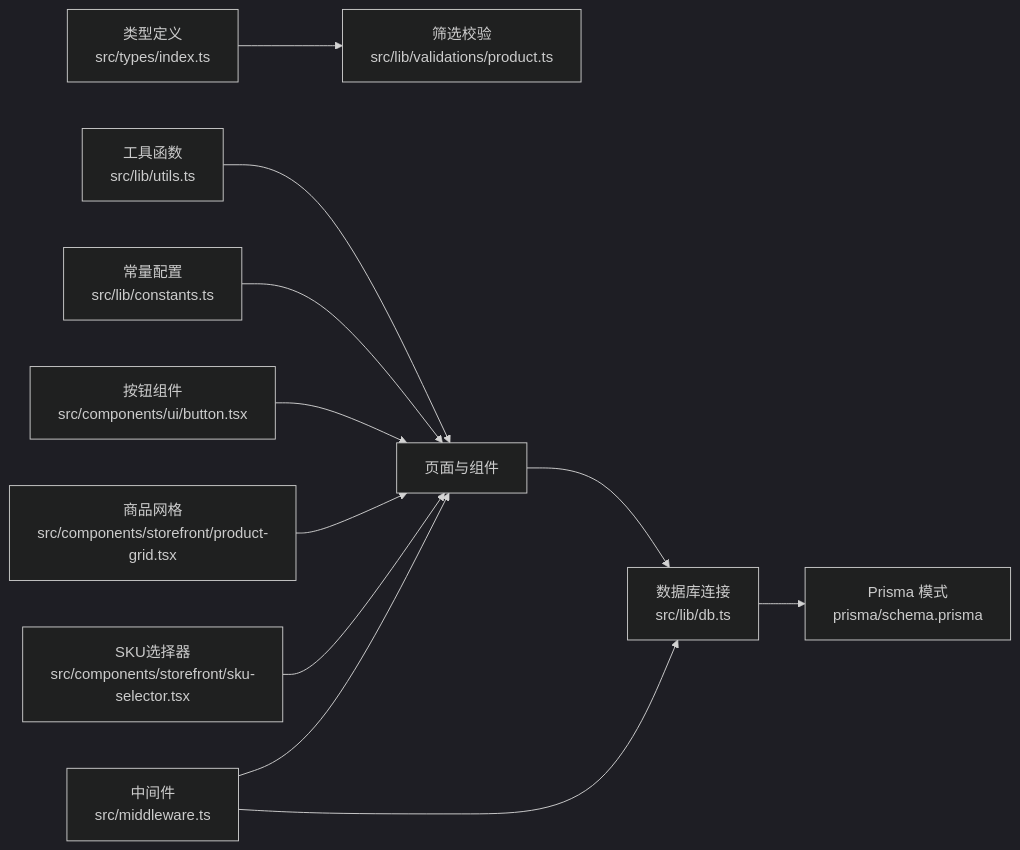
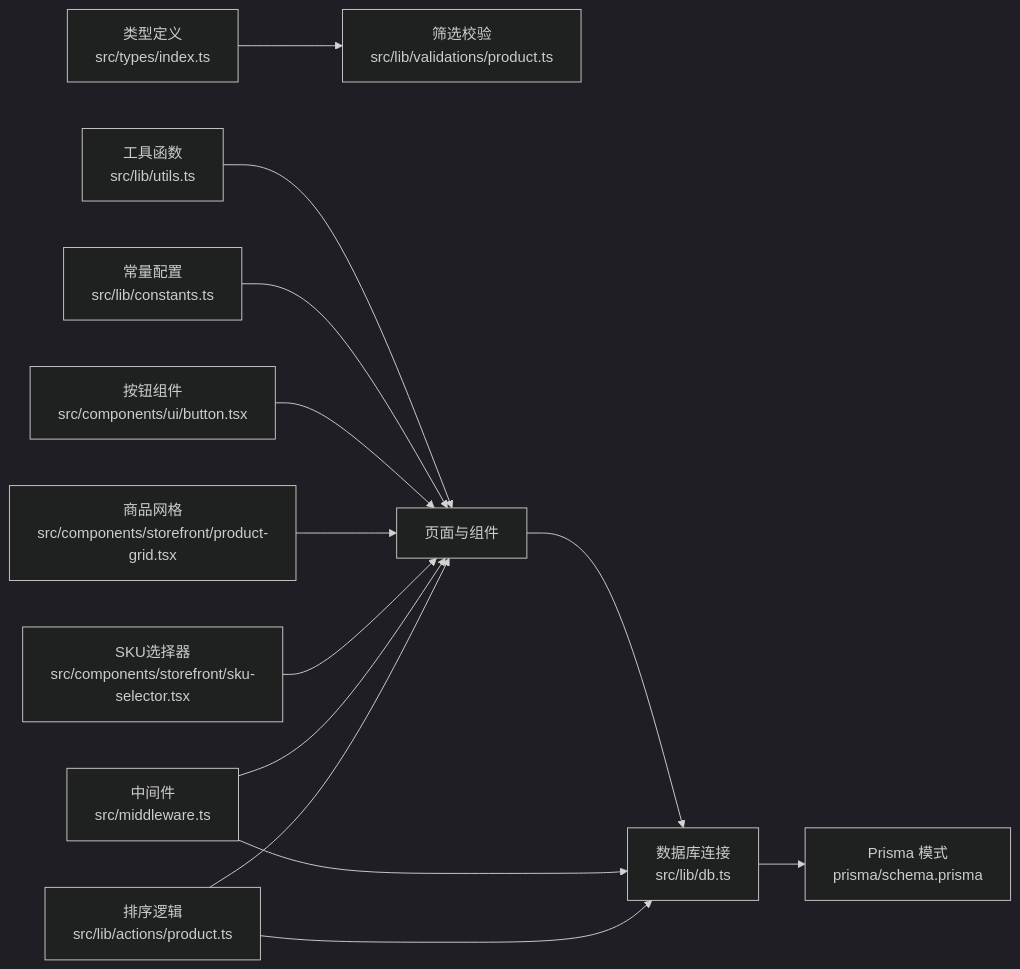
The eighth of 8 diagrams in .qoder/repowiki/zh/content/前台商店系统/商品展示系统/商品展示系统.md (three3638-arch/celestia_2b), drawn with Mermaid (dark theme) before and after one commit. The commit also changed other lines of this file and 5 other files, not shown here.

````diff
--- a/.qoder/repowiki/zh/content/前台商店系统/商品展示系统/商品展示系统.md
+++ b/.qoder/repowiki/zh/content/前台商店系统/商品展示系统/商品展示系统.md
@@ -447,13 +481,15 @@
 ```mermaid
 graph LR
 DB["数据库连接<br/>src/lib/db.ts"] --> PRISMA["Prisma 模式<br/>prisma/schema.prisma"]
 TYPES["类型定义<br/>src/types/index.ts"] --> VALID["筛选校验<br/>src/lib/validations/product.ts"]
 UTILS["工具函数<br/>src/lib/utils.ts"] --> UI["页面与组件"]
 CONST["常量配置<br/>src/lib/constants.ts"] --> UI
 BTN["按钮组件<br/>src/components/ui/button.tsx"] --> UI
 GRID["商品网格<br/>src/components/storefront/product-grid.tsx"] --> UI
 SKU["SKU选择器<br/>src/components/storefront/sku-selector.tsx"] --> UI
 MW["中间件<br/>src/middleware.ts"] --> UI
+END["排序逻辑<br/>src/lib/actions/product.ts"] --> UI
 UI --> DB
 MW --> DB
+END --> DB
 ```
````
